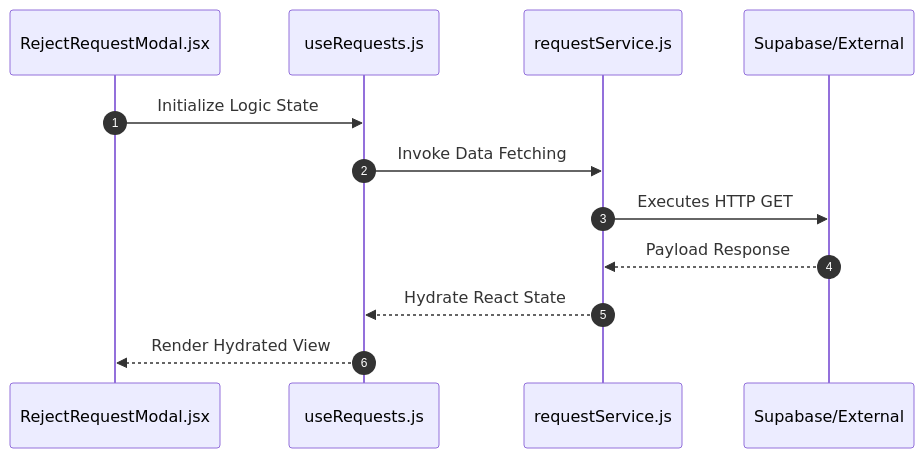
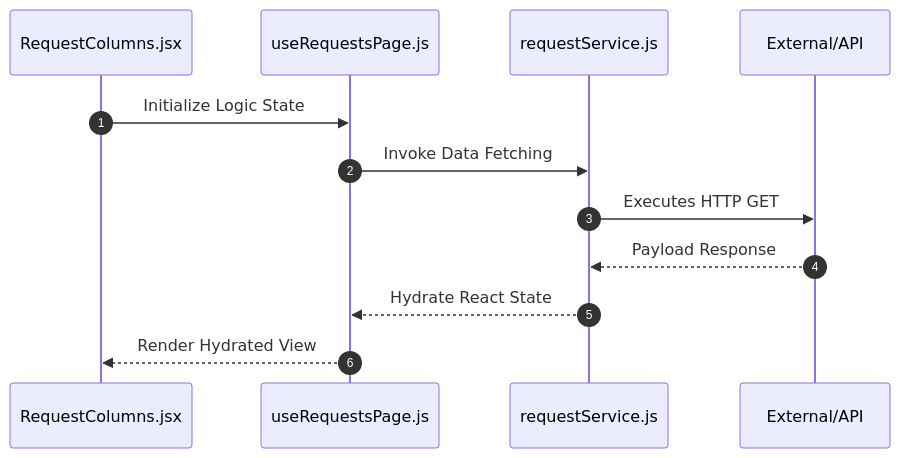
Before and after one commit to nexowebai/nexo-superadmin: the second of 2 diagrams in src/features/requests/README.md, drawn with Mermaid. The commit also changed other lines of this file and 18 other files, not shown here.

````diff
--- a/src/features/requests/README.md
+++ b/src/features/requests/README.md
@@ -40,15 +39,15 @@
 ```mermaid
 sequenceDiagram
 autonumber
-    participant P as RejectRequestModal.jsx
-    participant H as useRequests.js
+    participant P as RequestColumns.jsx
+    participant H as useRequestsPage.js
     participant S as requestService.js
-    participant API as Supabase/External
+    participant API as External/API
 
     P->>H: Initialize Logic State
     H->>S: Invoke Data Fetching
     S->>API: Executes HTTP GET
     API-->>S: Payload Response
     S-->>H: Hydrate React State
     H-->>P: Render Hydrated View
 ```
````
